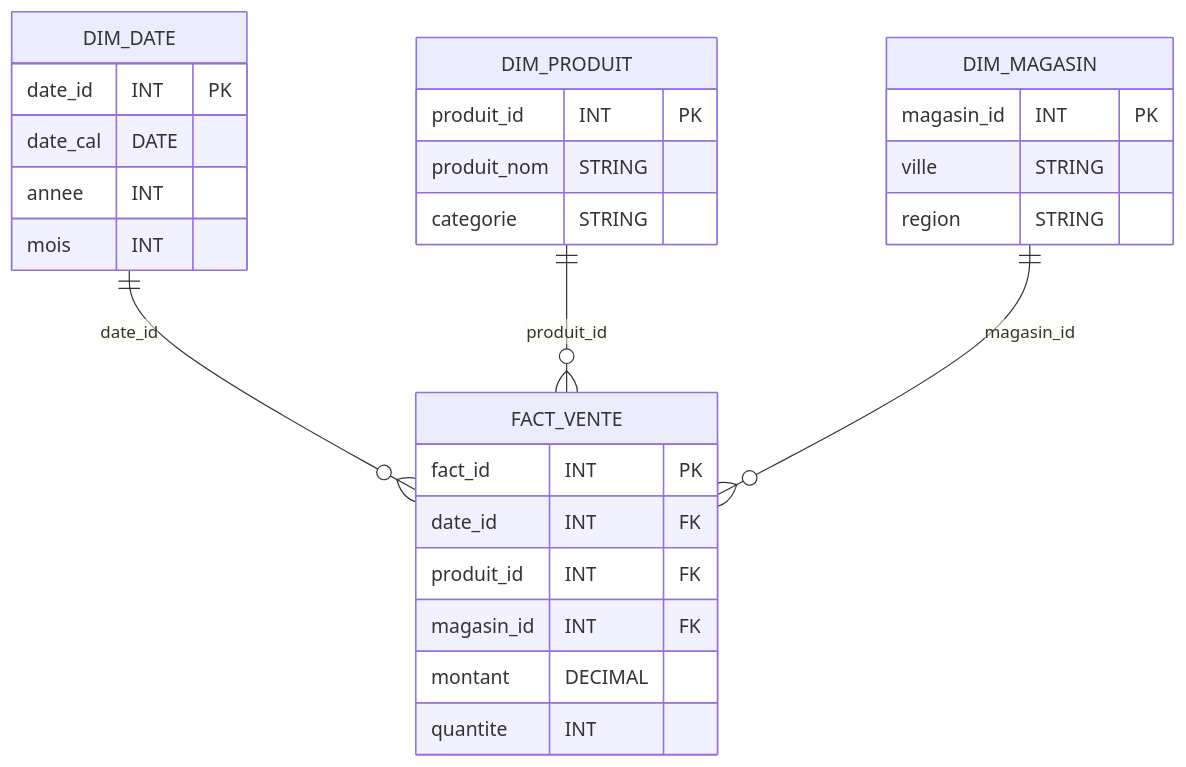
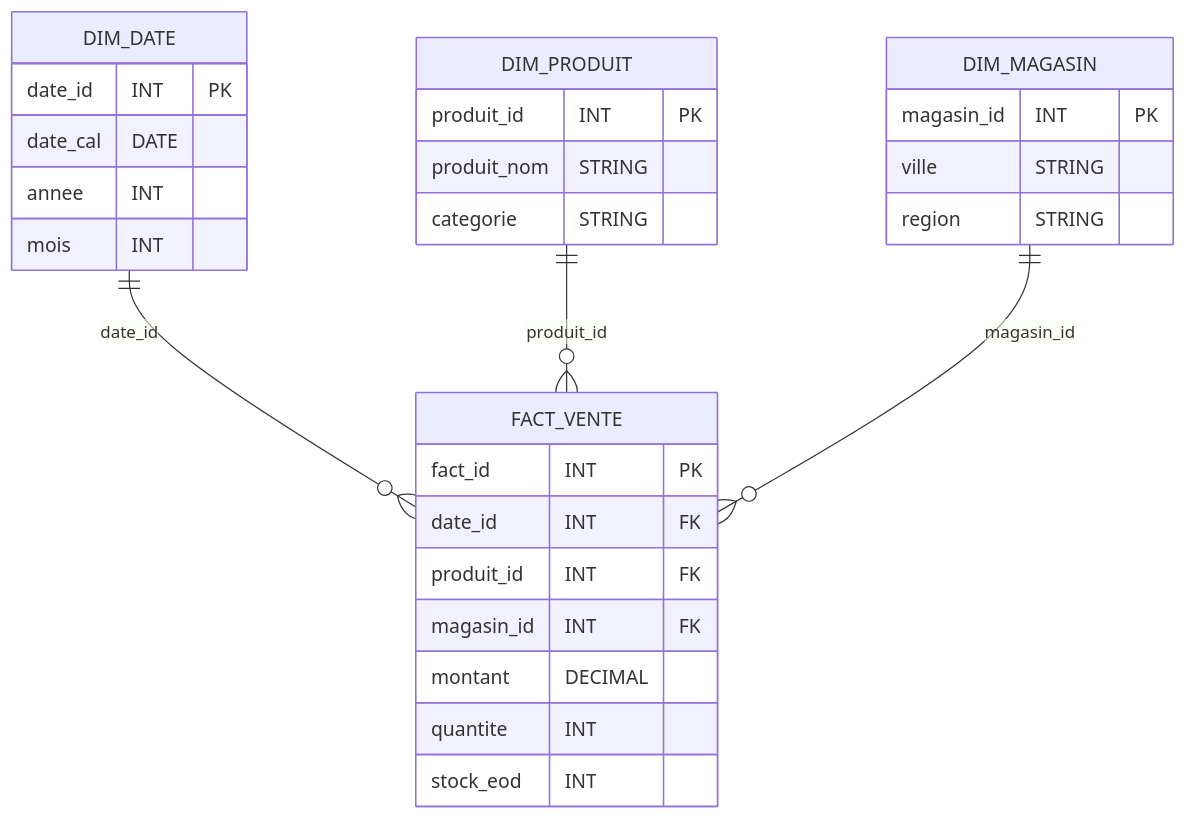
Before and after one commit to msellamiTN/data-multimodeling: the diagram in td/td1-modele-etoile/enonces/readme.md, drawn with Mermaid. The commit also changed 3 other files, not shown here.

````diff
--- a/td/td1-modele-etoile/enonces/readme.md
+++ b/td/td1-modele-etoile/enonces/readme.md
@@ -96,31 +96,32 @@
 ```mermaid
 erDiagram
   DIM_DATE ||--o{ FACT_VENTE : date_id
   DIM_PRODUIT ||--o{ FACT_VENTE : produit_id
   DIM_MAGASIN ||--o{ FACT_VENTE : magasin_id
 
   DIM_DATE {
     date_id INT PK
     date_cal DATE
     annee INT
     mois INT
   }
   DIM_PRODUIT {
     produit_id INT PK
     produit_nom STRING
     categorie STRING
   }
   DIM_MAGASIN {
     magasin_id INT PK
     ville STRING
     region STRING
   }
   FACT_VENTE {
     fact_id INT PK
     date_id INT FK
     produit_id INT FK
     magasin_id INT FK
     montant DECIMAL
     quantite INT
+    stock_eod INT
   }
 ```
````
